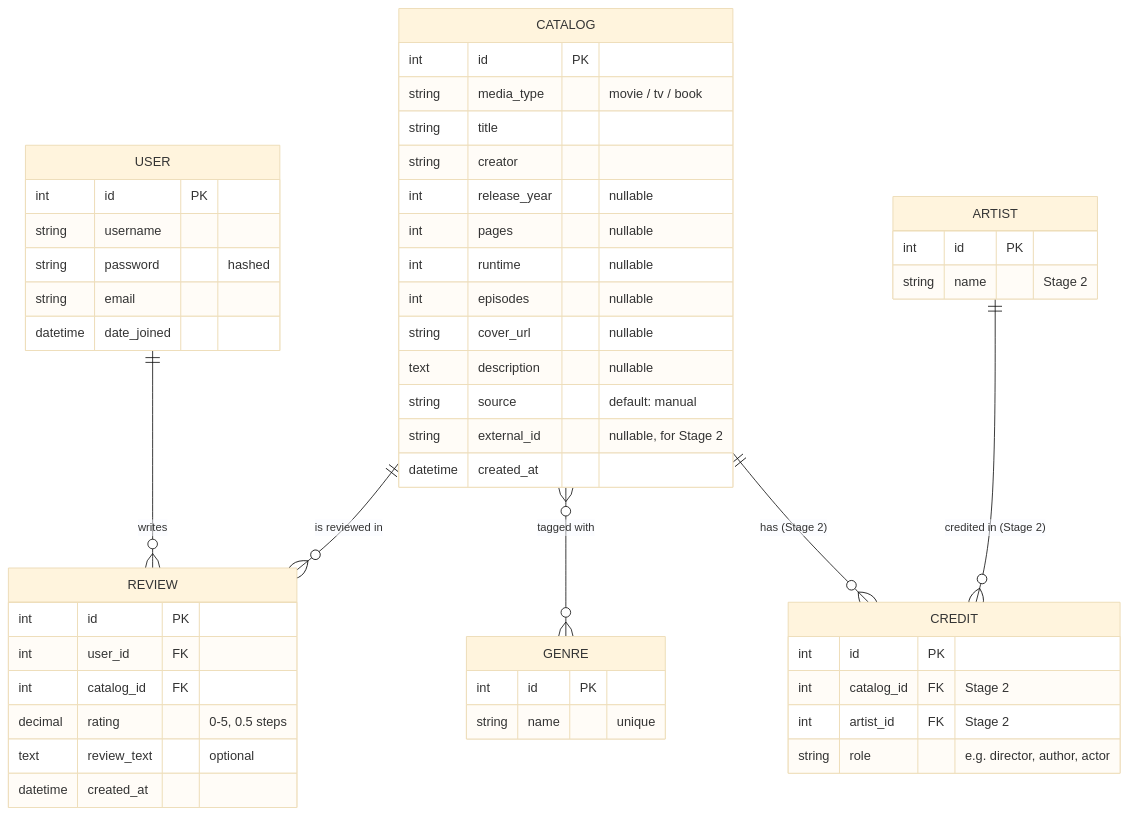
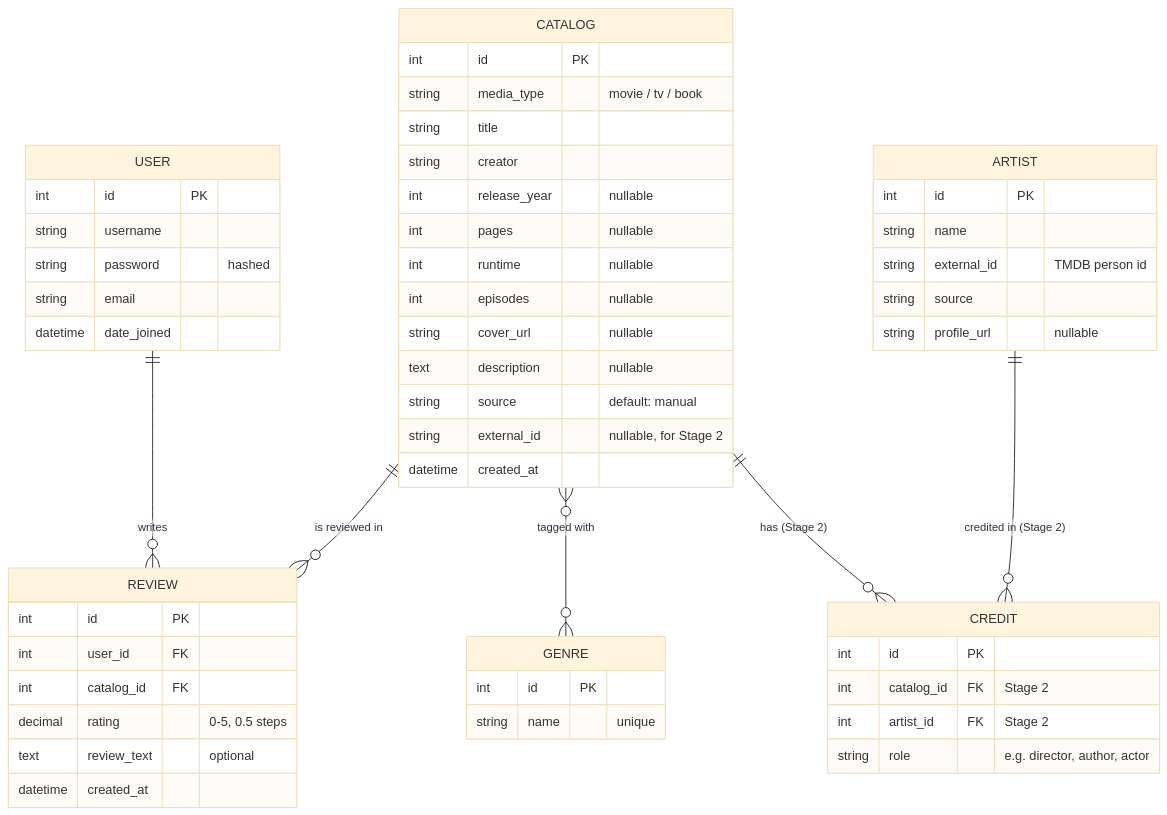
One commit to berylhu43/your_fav_literary_creation changed the diagram in design.md. Above: the diagram before and after it, drawn with Mermaid (base theme). The commit also changed other lines of this file, not shown here.

````diff
--- a/design.md
+++ b/design.md
@@ -120,53 +120,56 @@
 ```mermaid
 erDiagram
     USER ||--o{ REVIEW : "writes"
     CATALOG ||--o{ REVIEW : "is reviewed in"
     CATALOG }o--o{ GENRE : "tagged with"
     CATALOG ||--o{ CREDIT : "has (Stage 2)"
     ARTIST ||--o{ CREDIT : "credited in (Stage 2)"
 
     USER {
         int id PK
         string username
         string password "hashed"
         string email
         datetime date_joined
     }
     CATALOG {
         int id PK
         string media_type "movie / tv / book"
         string title
         string creator
         int release_year "nullable"
         int pages "nullable"
         int runtime "nullable"
         int episodes "nullable"
         string cover_url "nullable"
         text description "nullable"
         string source "default: manual"
         string external_id "nullable, for Stage 2"
         datetime created_at
     }
     GENRE {
         int id PK
         string name "unique"
     }
     REVIEW {
         int id PK
         int user_id FK
         int catalog_id FK
         decimal rating "0-5, 0.5 steps"
         text review_text "optional"
         datetime created_at
     }
     ARTIST {
-        int id PK
-        string name "Stage 2"
+    int id PK
+    string name
+    string external_id "TMDB person id"
+    string source
+    string profile_url "nullable"
     }
     CREDIT {
         int id PK
         int catalog_id FK "Stage 2"
         int artist_id FK "Stage 2"
         string role "e.g. director, author, actor"
     }
 ```
````
